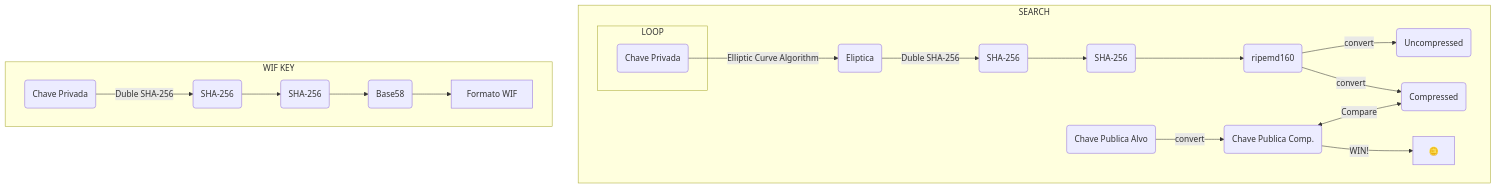
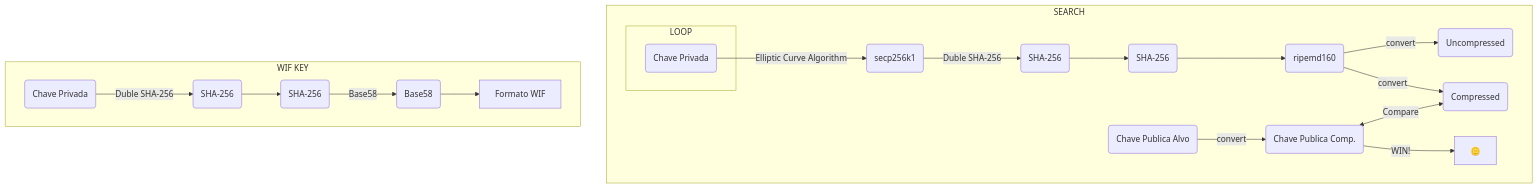
The diagram in README.md (EliasJuk/BitHunter), drawn with Mermaid before and after one commit. The commit also changed other lines of this file, not shown here.

````diff
--- a/README.md
+++ b/README.md
@@ -9,28 +16,28 @@
 ```mermaid
 flowchart TD
 	subgraph 1[WIF KEY]
 		PrivateKey1(Chave Privada)
 		PrivateKey1 --> |Duble SHA-256| SHA-256-1A(SHA-256)
 		SHA-256-1A --> SHA-256-2B(SHA-256)
-		SHA-256-2B --> Base58(Base58)
+		SHA-256-2B --> |Base58|Base58(Base58)
 		Base58 --> WIF[Formato WIF]
 	end
 
 	subgraph 2[SEARCH]
 
 		subgraph 3[LOOP]
 			PrivateKey2(Chave Privada)
 		end
-		PrivateKey2 -->|Elliptic Curve Algorithm| CurvaEliptica(Eliptica)
+		PrivateKey2 -->|Elliptic Curve Algorithm| CurvaEliptica(secp256k1)
 		CurvaEliptica -->|Duble SHA-256| SHA-256-1(SHA-256)
 		SHA-256-1 --> SHA-256-2(SHA-256)
 		SHA-256-2 --> ripemd160(ripemd160)
 
 		ripemd160 --> |convert| uncompressed(Uncompressed)
 		ripemd160 --> |convert| compressed(Compressed)
 		
 		PublicKeyTarget(Chave Publica Alvo) --> |convert| compressed2(Compressed)
 		compressed2(Chave Publica Comp.) <--> |Compare| compressed
 		compressed2 --> |WIN!| Value[🪙]
 	end
 ```
````
